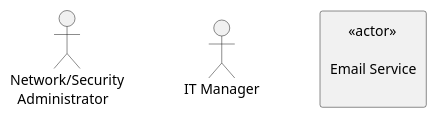
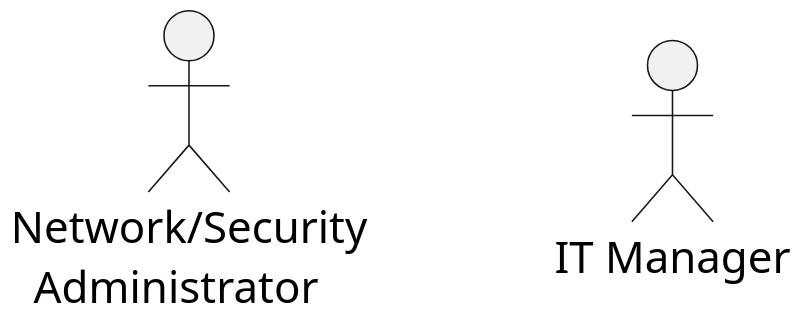
One commit to Amira-BOUAFIF/pfe-nids-report changed the diagram in diagrams/code/actors.puml. Above: the diagram before and after it, drawn with PlantUML. The commit also changed 15 other files, not shown here.

```diff
--- a/diagrams/code/actors.puml
+++ b/diagrams/code/actors.puml
@@ -1,14 +1,12 @@
 @startuml Actors
+skinparam dpi 300
 left to right direction
 
 ' Human actors
 actor "Network/Security\n  Administrator" as Admin
 actor "IT Manager" as ITM
 
-rectangle "     <<actor>>\n\nEmail Service\n" as DE
-
 ' Force same horizontal alignment
 Admin -[hidden]-> ITM
-ITM -[hidden]-> DE
 
 @enduml
```
